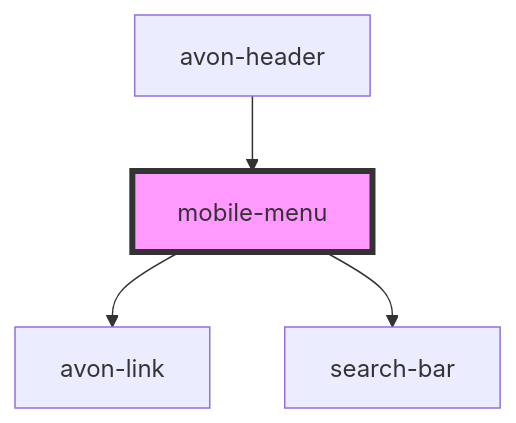
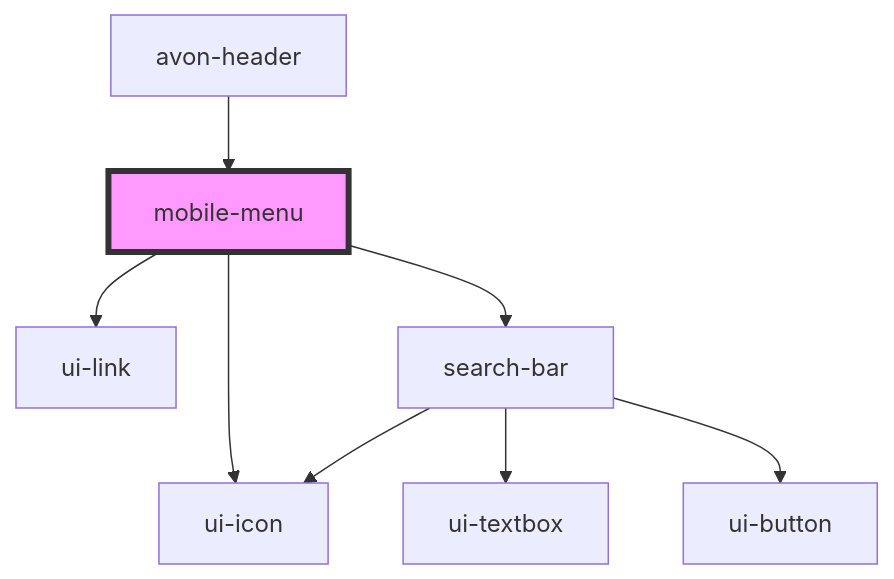
One commit to ankitghanekar-hcl/ui-shared-web-components changed the diagram in src/components/avon-header/mobile-menu/readme.md. Above: the diagram before and after it, drawn with Mermaid. The commit also changed other lines of this file and 33 other files, not shown here.

````diff
--- a/src/components/avon-header/mobile-menu/readme.md
+++ b/src/components/avon-header/mobile-menu/readme.md
@@ -25,7 +26,11 @@
 ```mermaid
 graph TD;
-  mobile-menu --> avon-link
+  mobile-menu --> ui-icon
+  mobile-menu --> ui-link
   mobile-menu --> search-bar
+  search-bar --> ui-textbox
+  search-bar --> ui-button
+  search-bar --> ui-icon
   avon-header --> mobile-menu
   style mobile-menu fill:#f9f,stroke:#333,stroke-width:4px
 ```
````
